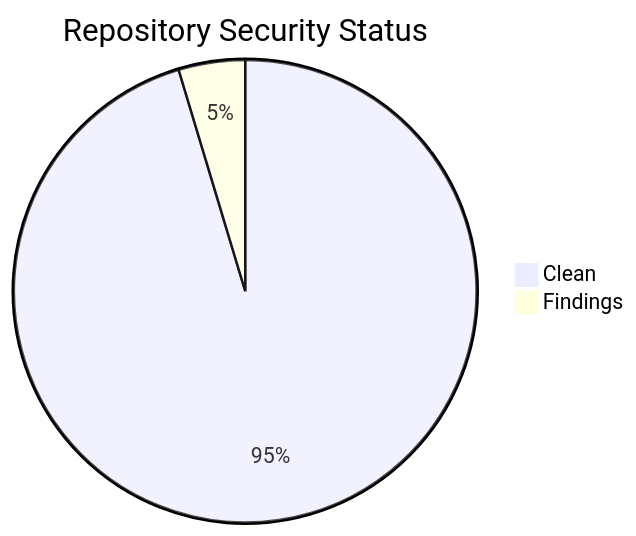
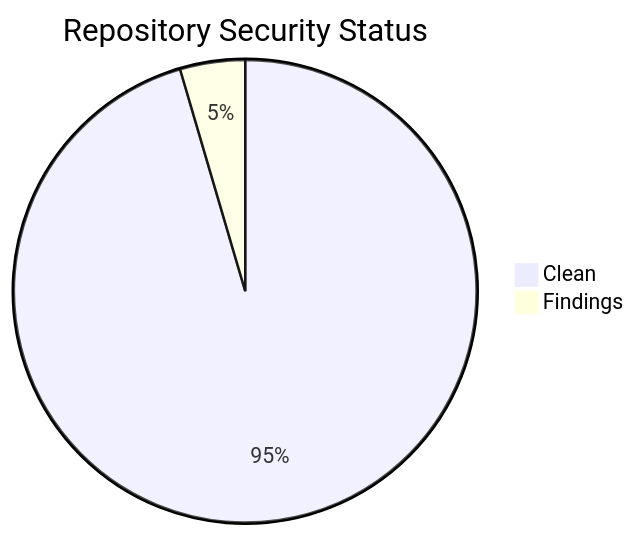
One commit to icepaule/icepaule.github.io changed the second of 2 diagrams in projects/status.md. Above: the diagram before and after it, drawn with Mermaid. The commit also changed other lines of this file and 4 other files, not shown here.

````diff
--- a/projects/status.md
+++ b/projects/status.md
@@ -106,5 +107,5 @@
 ```mermaid
 pie title Repository Security Status
-    "Clean" : 41
+    "Clean" : 42
     "Findings" : 2
 ```
````
